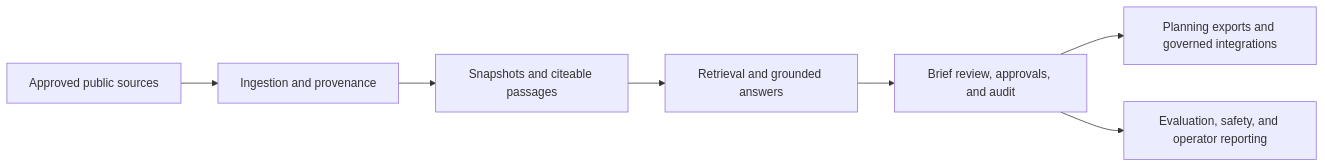
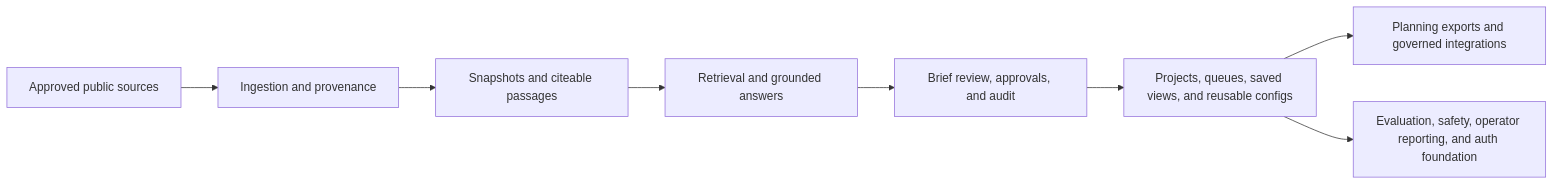
One commit to venkata-ramana/HealthForge changed the diagram in README.md. Above: the diagram before and after it, drawn with Mermaid. The commit also changed other lines of this file and 19 other files, not shown here.

````diff
--- a/README.md
+++ b/README.md
@@ -44,9 +45,10 @@
 ```mermaid
 flowchart LR
     A["Approved public sources"] --> B["Ingestion and provenance"]
     B --> C["Snapshots and citeable passages"]
     C --> D["Retrieval and grounded answers"]
     D --> E["Brief review, approvals, and audit"]
-    E --> F["Planning exports and governed integrations"]
-    E --> G["Evaluation, safety, and operator reporting"]
+    E --> F["Projects, queues, saved views, and reusable configs"]
+    F --> G["Planning exports and governed integrations"]
+    F --> H["Evaluation, safety, operator reporting, and auth foundation"]
 ```
````
